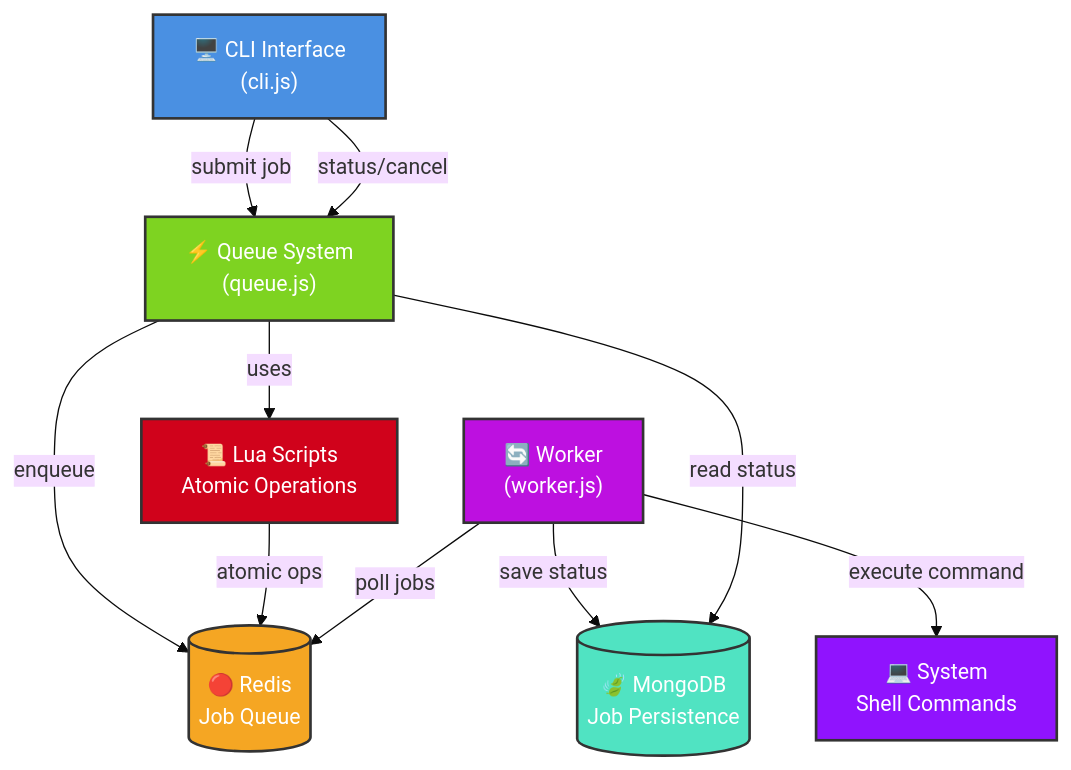
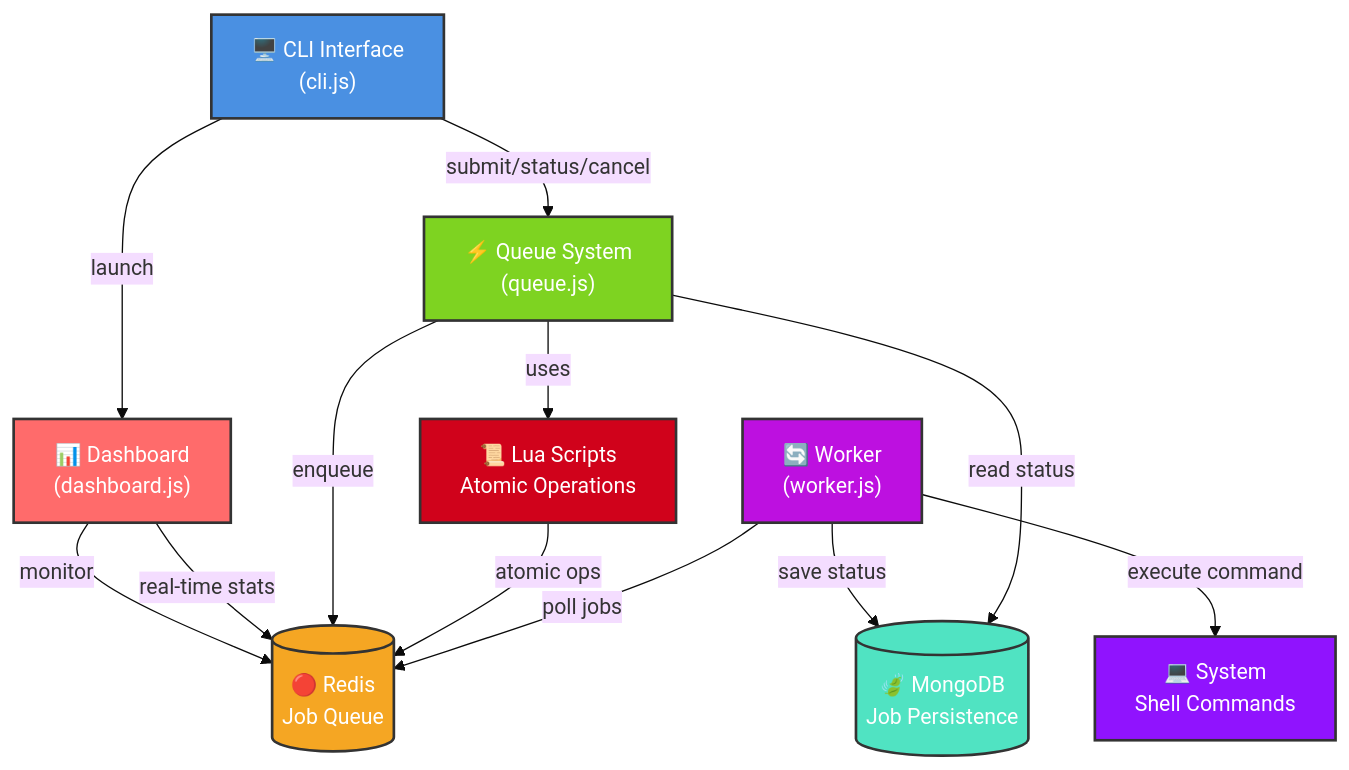
Before and after one commit to alankritkhatri/synqjs: the diagram in README.md, drawn with Mermaid (base theme). The commit also changed other lines of this file and 7 other files, not shown here.

Commit message:
Update .env.example, increment package version to 1.0.12, and enhance README.md with dashboard monitoring instructions. Add CLI command for running the worker and improve dashboard functionality in dashboard.js. Remove load-test.js as part of cleanup.

````diff
--- a/README.md
+++ b/README.md
@@ -154,27 +174,31 @@
 ```mermaid
 graph TD
     CLI["🖥️ CLI Interface<br/>(cli.js)"] 
+    Dashboard["📊 Dashboard<br/>(dashboard.js)"]
     Queue["⚡ Queue System<br/>(queue.js)"]
     Redis[("🔴 Redis<br/>Job Queue")]
     Worker["🔄 Worker<br/>(worker.js)"]
     MongoDB[("🍃 MongoDB<br/>Job Persistence")]
     LuaScripts["📜 Lua Scripts<br/>Atomic Operations"]
     
-    CLI -->|submit job| Queue
-    CLI -->|status/cancel| Queue
+    CLI -->|submit/status/cancel| Queue
+    CLI -->|launch| Dashboard
+    Dashboard -->|monitor| Redis
+    Dashboard -->|real-time stats| Redis
     Queue -->|enqueue| Redis
     Queue -->|uses| LuaScripts
     LuaScripts -->|atomic ops| Redis
     Worker -->|poll jobs| Redis
     Worker -->|execute command| System["💻 System<br/>Shell Commands"]
     Worker -->|save status| MongoDB
     Queue -->|read status| MongoDB
     
     style CLI fill:#4A90E2,stroke:#333,stroke-width:2px,color:#fff
+    style Dashboard fill:#FF6B6B,stroke:#333,stroke-width:2px,color:#fff
     style Queue fill:#7ED321,stroke:#333,stroke-width:2px,color:#fff
     style Redis fill:#F5A623,stroke:#333,stroke-width:2px,color:#fff
     style Worker fill:#BD10E0,stroke:#333,stroke-width:2px,color:#fff
     style MongoDB fill:#50E3C2,stroke:#333,stroke-width:2px,color:#fff
     style LuaScripts fill:#D0021B,stroke:#333,stroke-width:2px,color:#fff
     style System fill:#9013FE,stroke:#333,stroke-width:2px,color:#fff
 ```
````
